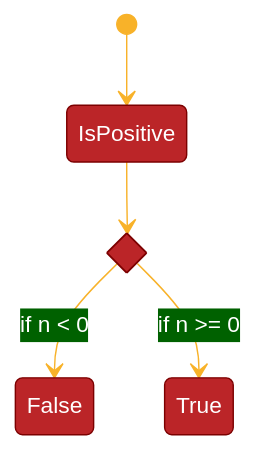
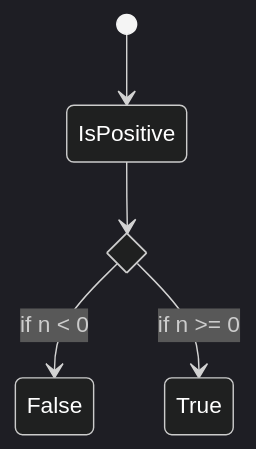
The diagram in 4-STATE.md (ShareMyWebStuff/mermaid-presentation), drawn with Mermaid before and after one commit. The commit also changed 3 other files, not shown here.

````diff
--- a/4-STATE.md
+++ b/4-STATE.md
@@ -16,22 +16,22 @@
 ```mermaid
 %%{
   init: {
-    'theme': 'base',
+    'theme': 'dark',
     'themeVariables': {
       'primaryColor': '#BB2528',
       'primaryTextColor': '#fff',
       'primaryBorderColor': '#7C0000',
       'lineColor': '#F8B229',
       'secondaryColor': '#006100',
       'tertiaryColor': '#444',
       'background': '#111'
     }
   }
 }%%
 stateDiagram-v2
     state if_state <<choice>>
     [*] --> IsPositive
     IsPositive --> if_state
     if_state --> False: if n < 0
     if_state --> True : if n >= 0
 ```
````
